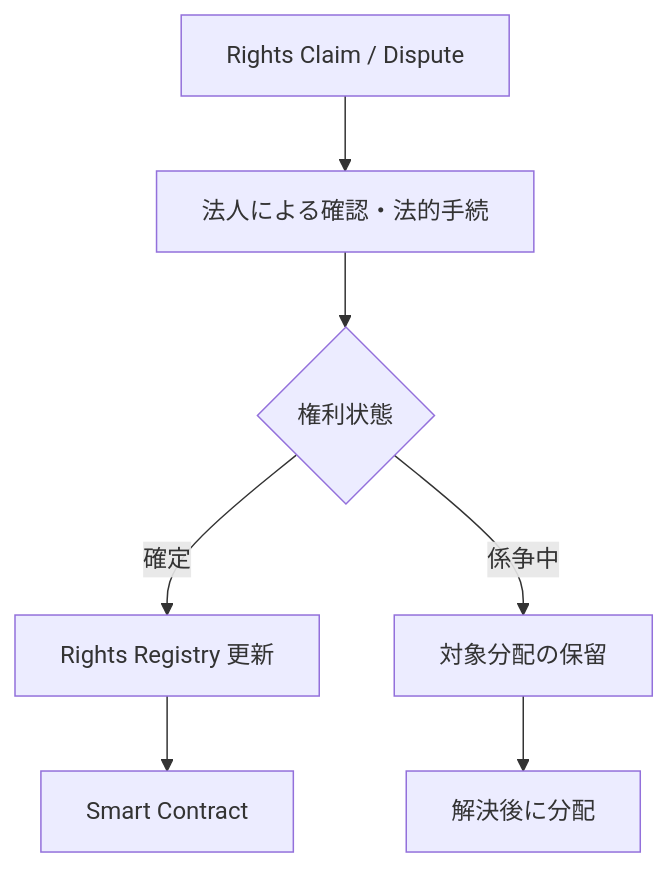
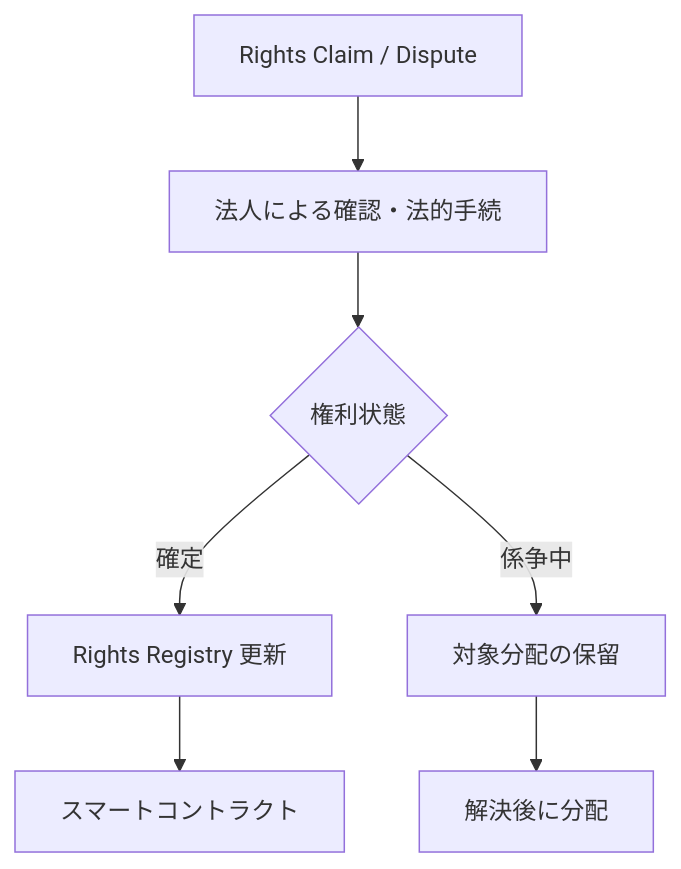
One commit to ShigeichiroYamasaki/creator-first-platform changed diagram 15 of 17 in docs/whitepaper/03-rights-and-money.md. Above: the diagram before and after it, drawn with Mermaid. The commit also changed other lines of this file and 67 other files, not shown here.

````diff
--- a/docs/whitepaper/03-rights-and-money.md
+++ b/docs/whitepaper/03-rights-and-money.md
@@ -367,9 +367,9 @@
 ```mermaid
 flowchart TD
     CLAIM[Rights Claim / Dispute] --> REVIEW[法人による確認・法的手続]
     REVIEW --> VALID{権利状態}
     VALID -->|確定| UPDATE[Rights Registry 更新]
     VALID -->|係争中| HOLD[対象分配の保留]
-    UPDATE --> SC[Smart Contract]
+    UPDATE --> SC[スマートコントラクト]
     HOLD --> RESOLVE[解決後に分配]
 ```
````
